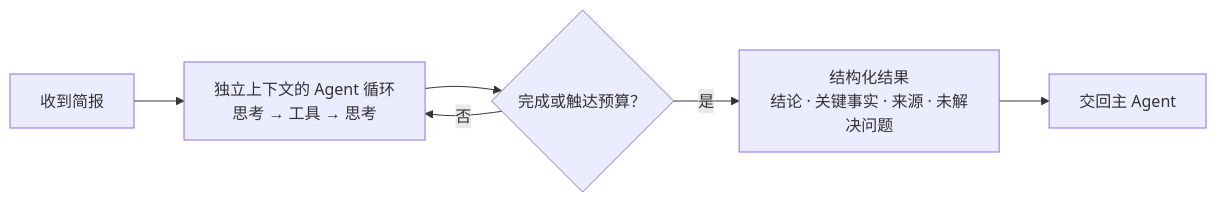
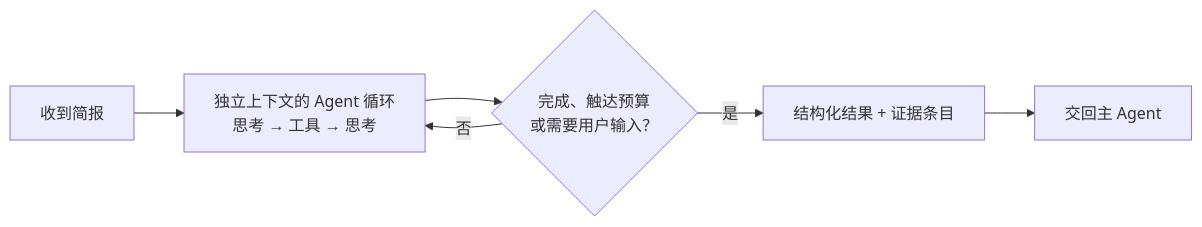
One commit to HyxiaoGe/fusion changed the second of 4 diagrams in docs/specs/backend/2026-10-06-subagents-and-background-tasks.md. Above: the diagram before and after it, drawn with Mermaid. The commit also changed other lines of this file, not shown here.

````diff
--- a/docs/specs/backend/2026-10-06-subagents-and-background-tasks.md
+++ b/docs/specs/backend/2026-10-06-subagents-and-background-tasks.md
@@ -80,8 +92,8 @@
 ```mermaid
 flowchart LR
   B["收到简报"] --> L["独立上下文的 Agent 循环<br/>思考 → 工具 → 思考"]
-  L --> C{"完成或触达预算？"}
+  L --> C{"完成、触达预算<br/>或需要用户输入？"}
   C -- 否 --> L
-  C -- 是 --> O["结构化结果<br/>结论 · 关键事实 · 来源 · 未解决问题"]
+  C -- 是 --> O["结构化结果 + 证据条目"]
   O --> H["交回主 Agent"]
 ```
````
